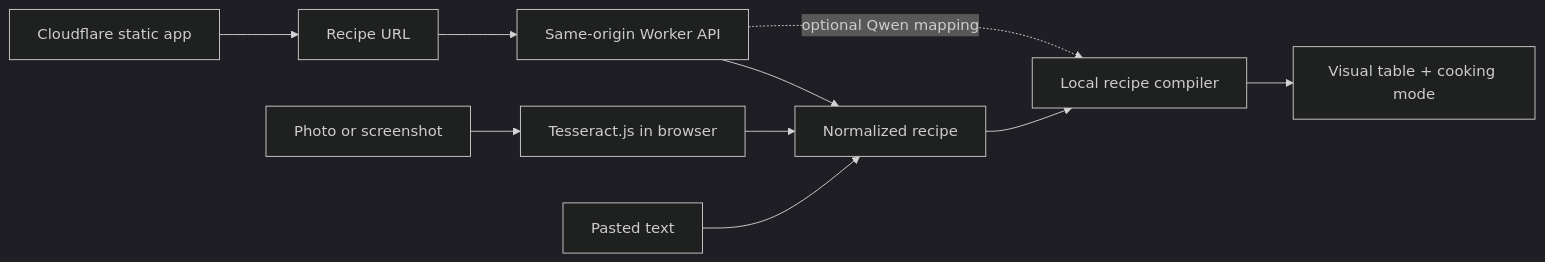
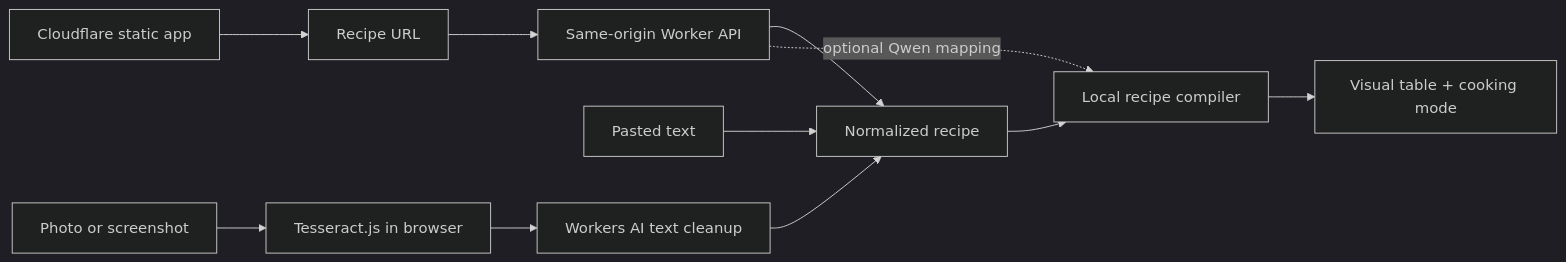
Before and after one commit to nroze22/RecipeTable: the diagram in README.md, drawn with Mermaid (dark theme). The commit also changed other lines of this file, not shown here.

Commit message:
Document AI-assisted OCR recovery

````diff
--- a/README.md
+++ b/README.md
@@ -17,12 +17,13 @@
 ```mermaid
 flowchart LR
     Browser["Cloudflare static app"] --> URL["Recipe URL"]
     URL --> Worker["Same-origin Worker API"]
     Worker --> Structured["Normalized recipe"]
     Photo["Photo or screenshot"] --> OCR["Tesseract.js in browser"]
     Text["Pasted text"] --> Structured
-    OCR --> Structured
+    OCR --> Cleanup["Workers AI text cleanup"]
+    Cleanup --> Structured
     Structured --> Compiler["Local recipe compiler"]
     Compiler --> Table["Visual table + cooking mode"]
     Worker -. optional Qwen mapping .-> Compiler
 ```
````
